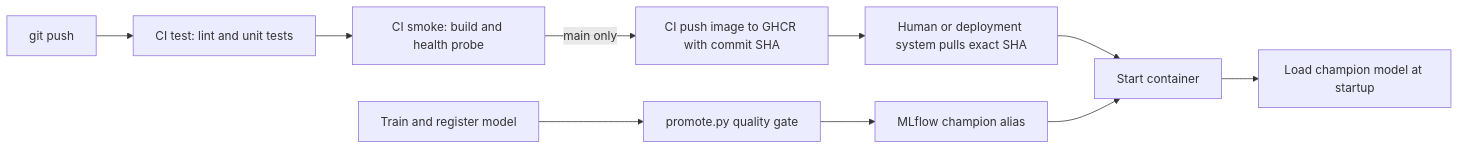
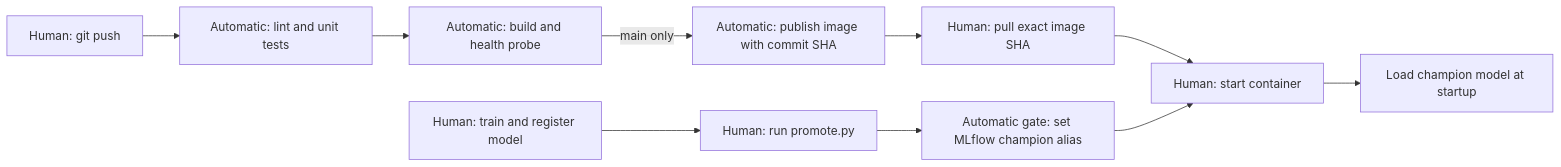
One commit to OmarSerhal8/mlops-lab-1 changed the diagram in lab/lab5.md. Above: the diagram before and after it, drawn with Mermaid. The commit also changed other lines of this file, not shown here.

````diff
--- a/lab/lab5.md
+++ b/lab/lab5.md
@@ -75,12 +64,12 @@
 ```mermaid
 flowchart LR
-    A[git push] --> B[CI test: lint and unit tests]
-    B --> C[CI smoke: build and health probe]
-    C -->|main only| D[CI push image to GHCR with commit SHA]
-    D --> E[Human or deployment system pulls exact SHA]
-    E --> F[Start container]
-    G[Train and register model] --> H[promote.py quality gate]
-    H --> I[MLflow champion alias]
+    A[Human: git push] --> B[Automatic: lint and unit tests]
+    B --> C[Automatic: build and health probe]
+    C -->|main only| D[Automatic: publish image with commit SHA]
+    D --> E[Human: pull exact image SHA]
+    E --> F[Human: start container]
+    G[Human: train and register model] --> H[Human: run promote.py]
+    H --> I[Automatic gate: set MLflow champion alias]
     I --> F
     F --> J[Load champion model at startup]
 ```
````
